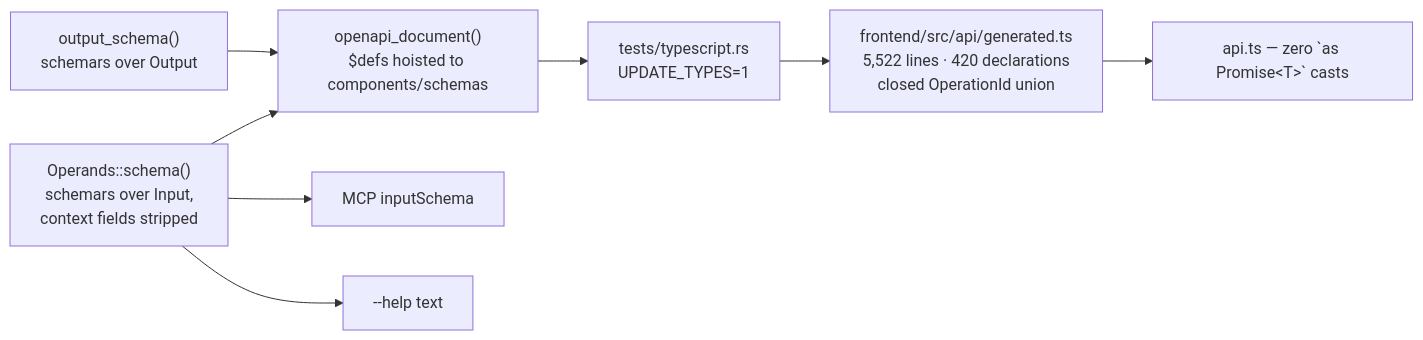
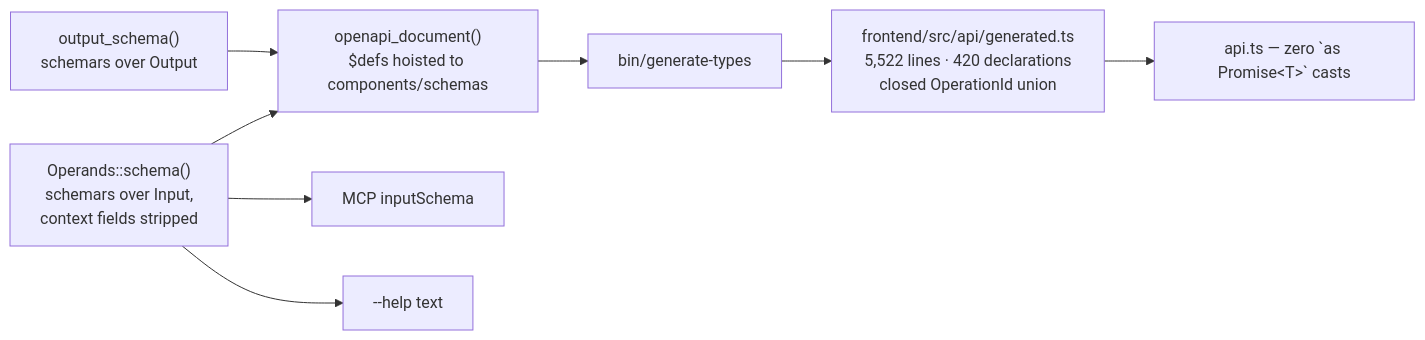
The eighth of 8 diagrams in docs/operations.md (marin-community/loom), drawn with Mermaid before and after one commit. The commit also changed 5 other files, not shown here.

````diff
--- a/docs/operations.md
+++ b/docs/operations.md
@@ -330,14 +330,14 @@
 ```mermaid
 flowchart LR
     S["Operands::schema()<br/>schemars over Input,<br/>context fields stripped"]
     OS["output_schema()<br/>schemars over Output"]
 
     S --> OA["openapi_document()<br/>$defs hoisted to components/schemas"]
     OS --> OA
-    OA --> TS["tests/typescript.rs<br/>UPDATE_TYPES=1"]
+    OA --> TS["bin/generate-types"]
     TS --> GEN["frontend/src/api/generated.ts<br/>5,522 lines · 420 declarations<br/>closed OperationId union"]
     GEN --> API["api.ts — zero `as Promise&lt;T&gt;` casts"]
 
     S --> MCPS["MCP inputSchema"]
     S --> HELP["--help text"]
 ```
````
